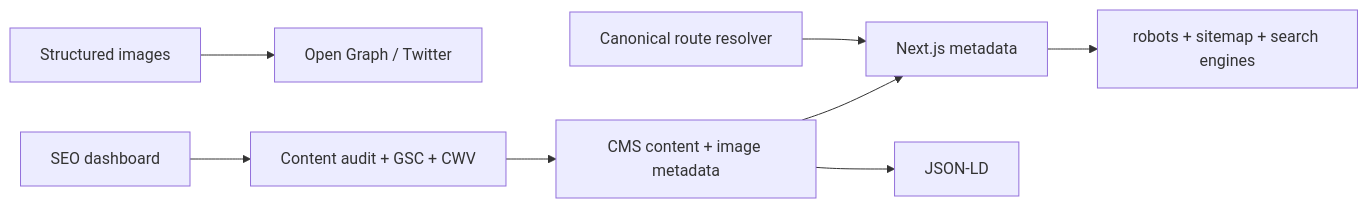
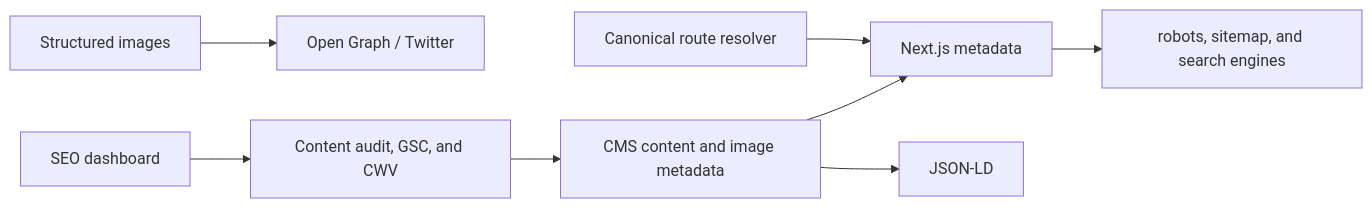
Before and after one commit to zakaria-akash/care-bangla-group-web-application: the diagram in SEO_Optimization_RoadMap.md, drawn with Mermaid. The commit also changed 9 other files, not shown here.

Commit message:
Refactor mermaid diagrams for improved clarity and consistency across documentation

````diff
--- a/SEO_Optimization_RoadMap.md
+++ b/SEO_Optimization_RoadMap.md
@@ -9,10 +9,10 @@
 ```mermaid
 flowchart LR
-  Content[CMS content + image metadata] --> Meta[Next.js metadata]
-  Routes[Canonical route resolver] --> Meta
-  Meta --> Crawl[robots + sitemap + search engines]
-  Content --> Schema[JSON-LD]
-  Media[Structured images] --> Social[Open Graph / Twitter]
-  Admin[SEO dashboard] --> Audit[Content audit + GSC + CWV]
+  Content["CMS content and image metadata"] --> Meta["Next.js metadata"]
+  Routes["Canonical route resolver"] --> Meta
+  Meta --> Crawl["robots, sitemap, and search engines"]
+  Content --> Schema["JSON-LD"]
+  Media["Structured images"] --> Social["Open Graph / Twitter"]
+  Admin["SEO dashboard"] --> Audit["Content audit, GSC, and CWV"]
   Audit --> Content
 ```
````
